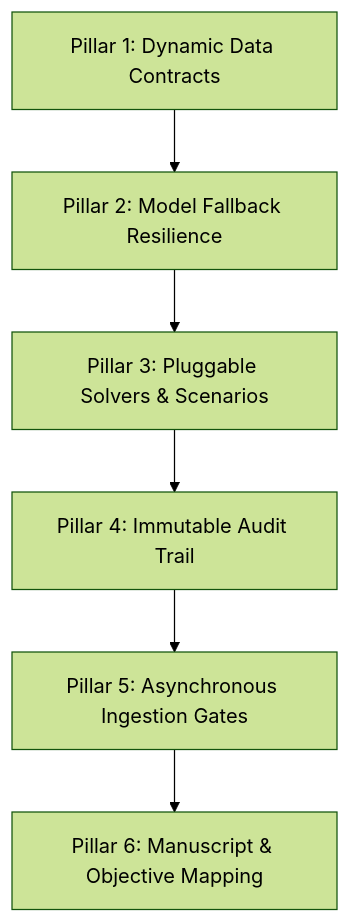
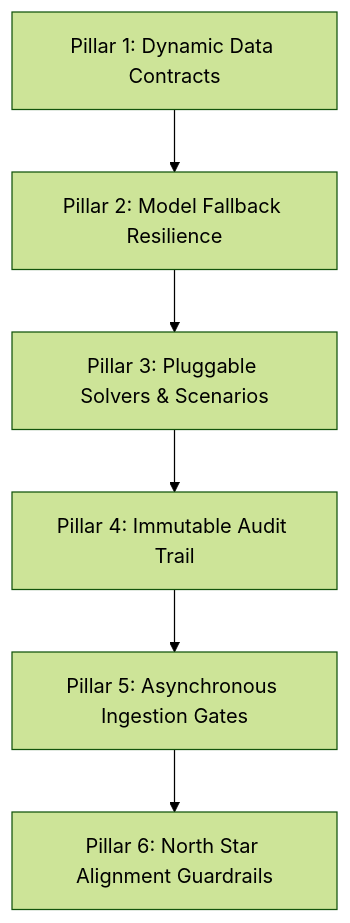
The second of 2 diagrams in docs/logic/DASHBOARD_DESIGN_EXPLAINER.md (IS-Capstone-Group9/medshield-alt-working-repo), drawn with Mermaid (forest theme) before and after one commit. The commit also changed other lines of this file and 4 other files, not shown here.

````diff
--- a/docs/logic/DASHBOARD_DESIGN_EXPLAINER.md
+++ b/docs/logic/DASHBOARD_DESIGN_EXPLAINER.md
@@ -252,8 +185,8 @@
 ```mermaid
 graph TD
     P1[Pillar 1: Dynamic Data Contracts] --> P2[Pillar 2: Model Fallback Resilience]
     P2 --> P3[Pillar 3: Pluggable Solvers & Scenarios]
     P3 --> P4[Pillar 4: Immutable Audit Trail]
     P4 --> P5[Pillar 5: Asynchronous Ingestion Gates]
-    P5 --> P6[Pillar 6: Manuscript & Objective Mapping]
+    P5 --> P6[Pillar 6: North Star Alignment Guardrails]
 ```
````
